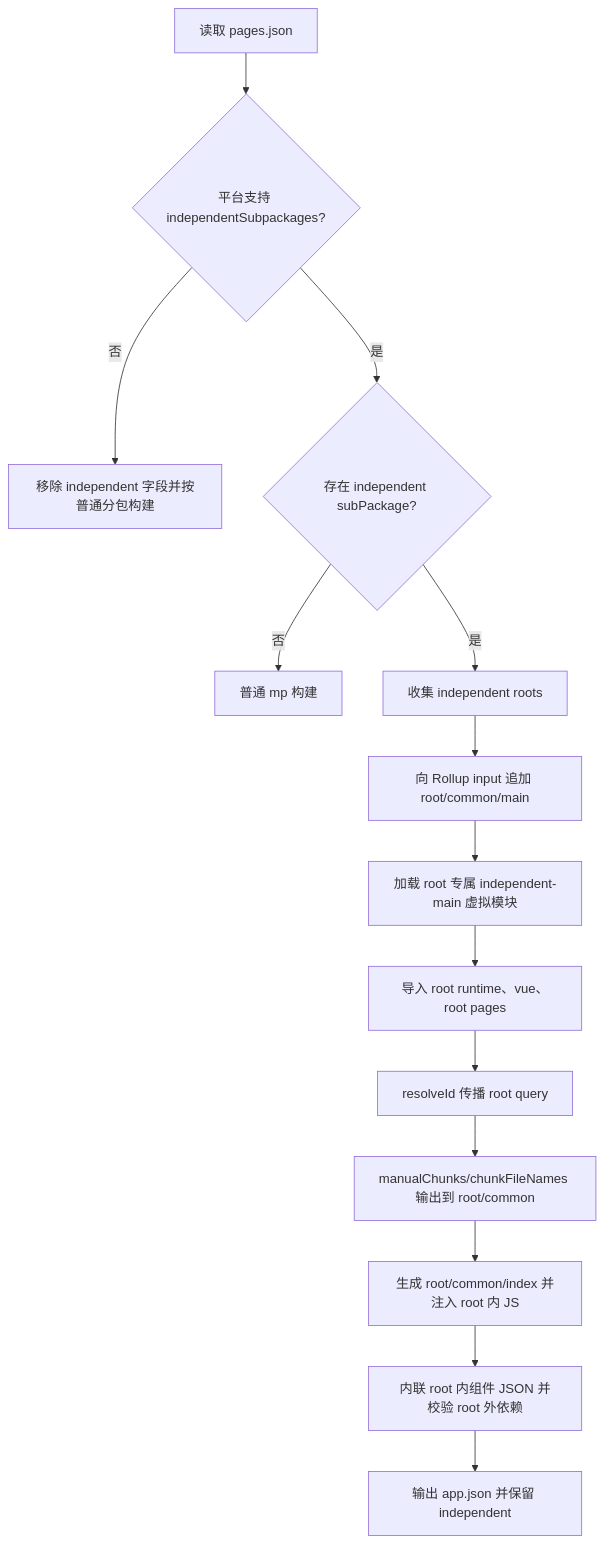
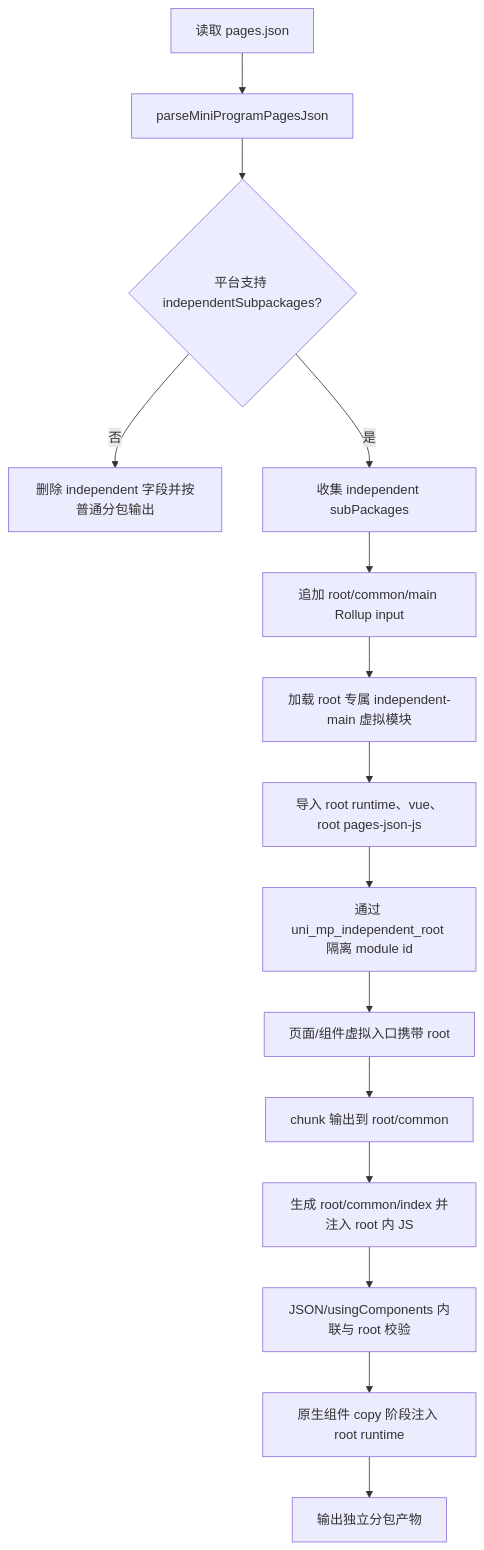
Before and after one commit to dcloudio/uni-app: the diagram in packages/uni-mp-weixin/independent-subpackage.md, drawn with Mermaid. The commit also changed other lines of this file and 5 other files, not shown here.

````diff
--- a/packages/uni-mp-weixin/independent-subpackage.md
+++ b/packages/uni-mp-weixin/independent-subpackage.md
@@ -199,16 +48,17 @@
 ```mermaid
 flowchart TD
-  A[读取 pages.json] --> B{平台支持 independentSubpackages?}
-  B -- 否 --> C[移除 independent 字段并按普通分包构建]
-  B -- 是 --> D{存在 independent subPackage?}
-  D -- 否 --> E[普通 mp 构建]
-  D -- 是 --> F[收集 independent roots]
-  F --> G[向 Rollup input 追加 root/common/main]
-  G --> H[加载 root 专属 independent-main 虚拟模块]
-  H --> I[导入 root runtime、vue、root pages]
-  I --> J[resolveId 传播 root query]
-  J --> K[manualChunks/chunkFileNames 输出到 root/common]
+  A[读取 pages.json] --> B[parseMiniProgramPagesJson]
+  B --> C{平台支持 independentSubpackages?}
+  C -- 否 --> D[删除 independent 字段并按普通分包输出]
+  C -- 是 --> E[收集 independent subPackages]
+  E --> F[追加 root/common/main Rollup input]
+  F --> G[加载 root 专属 independent-main 虚拟模块]
+  G --> H[导入 root runtime、vue、root pages-json-js]
+  H --> I[通过 uni_mp_independent_root 隔离 module id]
+  I --> J[页面/组件虚拟入口携带 root]
+  J --> K[chunk 输出到 root/common]
   K --> L[生成 root/common/index 并注入 root 内 JS]
-  L --> M[内联 root 内组件 JSON 并校验 root 外依赖]
-  M --> N[输出 app.json 并保留 independent]
+  L --> M[JSON/usingComponents 内联与 root 校验]
+  M --> N[原生组件 copy 阶段注入 root runtime]
+  N --> O[输出独立分包产物]
 ```
````
